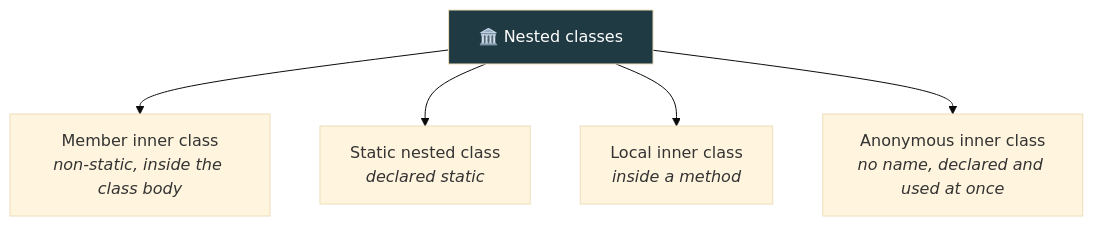
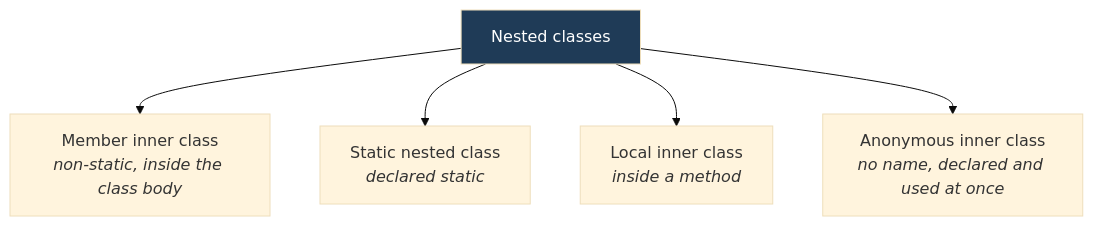
Before and after one commit to kundankumarsharma56/Leaning-Java: the diagram in src/Theory/11-Advanced-Concepts/04-Inner-Classes.md, drawn with Mermaid (base theme). The commit also changed other lines of this file and 84 other files, not shown here.

````diff
--- a/src/Theory/11-Advanced-Concepts/04-Inner-Classes.md
+++ b/src/Theory/11-Advanced-Concepts/04-Inner-Classes.md
@@ -21,8 +21,8 @@
 ```mermaid
 flowchart TD
-    I["🏛️ Nested classes"] --> M["Member inner class<br/><i>non-static, inside the class body</i>"]
+    I["Nested classes"] --> M["Member inner class<br/><i>non-static, inside the class body</i>"]
     I --> S["Static nested class<br/><i>declared static</i>"]
     I --> L["Local inner class<br/><i>inside a method</i>"]
     I --> A["Anonymous inner class<br/><i>no name, declared and used at once</i>"]
-    style I fill:#203a43,color:#fff
+    style I fill:#1f3b57,color:#fff
 ```
````
